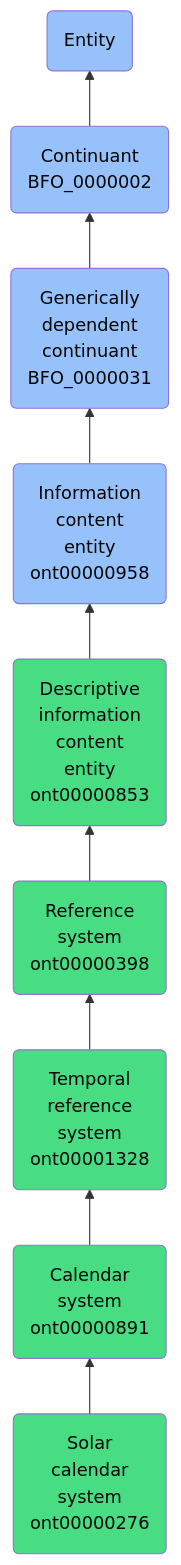
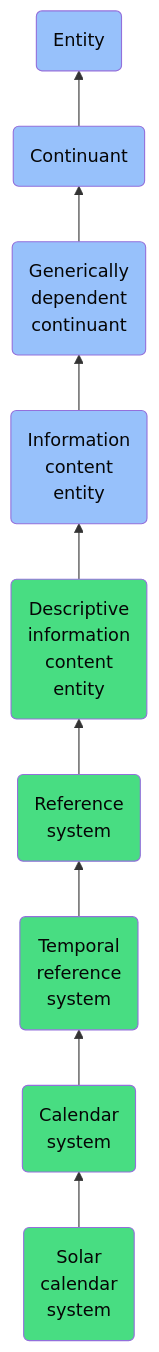
The diagram in docs/ontology/reference/model/Entity/Continuant/Generically dependent continuant/Information content entity/Descriptive information content entity/Reference system/Temporal reference system/Calendar system/Solar calendar system/Solar calendar system.md (jupyter-naas/abi), drawn with Mermaid before and after one commit. The commit also changed other lines of this file and 1430 other files, not shown here.

````diff
--- a/docs/ontology/reference/model/Entity/Continuant/Generically dependent continuant/Information content entity/Descriptive information content entity/Reference system/Temporal reference system/Calendar system/Solar calendar system/Solar calendar system.md
+++ b/docs/ontology/reference/model/Entity/Continuant/Generically dependent continuant/Information content entity/Descriptive information content entity/Reference system/Temporal reference system/Calendar system/Solar calendar system/Solar calendar system.md
@@ -24,16 +24,16 @@
 ```mermaid
 graph BT
-    ont00000276(Solar<br>calendar<br>system<br>ont00000276):::ABI-->ont00000891
-    ont00000891(Calendar<br>system<br>ont00000891):::ABI-->ont00001328
-    ont00001328(Temporal<br>reference<br>system<br>ont00001328):::ABI-->ont00000398
-    ont00000398(Reference<br>system<br>ont00000398):::ABI-->ont00000853
-    ont00000853(Descriptive<br>information<br>content<br>entity<br>ont00000853):::ABI-->ont00000958
-    ont00000958(Information<br>content<br>entity<br>ont00000958):::BFO-->BFO_0000031
-    BFO_0000031(Generically<br>dependent<br>continuant<br>BFO_0000031):::BFO-->BFO_0000002
-    BFO_0000002(Continuant<br>BFO_0000002):::BFO-->BFO_0000001
+    ont00000276(Solar<br>calendar<br>system):::ABI-->ont00000891
+    ont00000891(Calendar<br>system):::ABI-->ont00001328
+    ont00001328(Temporal<br>reference<br>system):::ABI-->ont00000398
+    ont00000398(Reference<br>system):::ABI-->ont00000853
+    ont00000853(Descriptive<br>information<br>content<br>entity):::ABI-->ont00000958
+    ont00000958(Information<br>content<br>entity):::BFO-->BFO_0000031
+    BFO_0000031(Generically<br>dependent<br>continuant):::BFO-->BFO_0000002
+    BFO_0000002(Continuant):::BFO-->BFO_0000001
     BFO_0000001(Entity):::BFO
     
     classDef BFO fill:#97c1fb,color:#060606
     classDef CCO fill:#e4c51e,color:#060606
     classDef ABI fill:#48DD82,color:#060606
 ```
````
